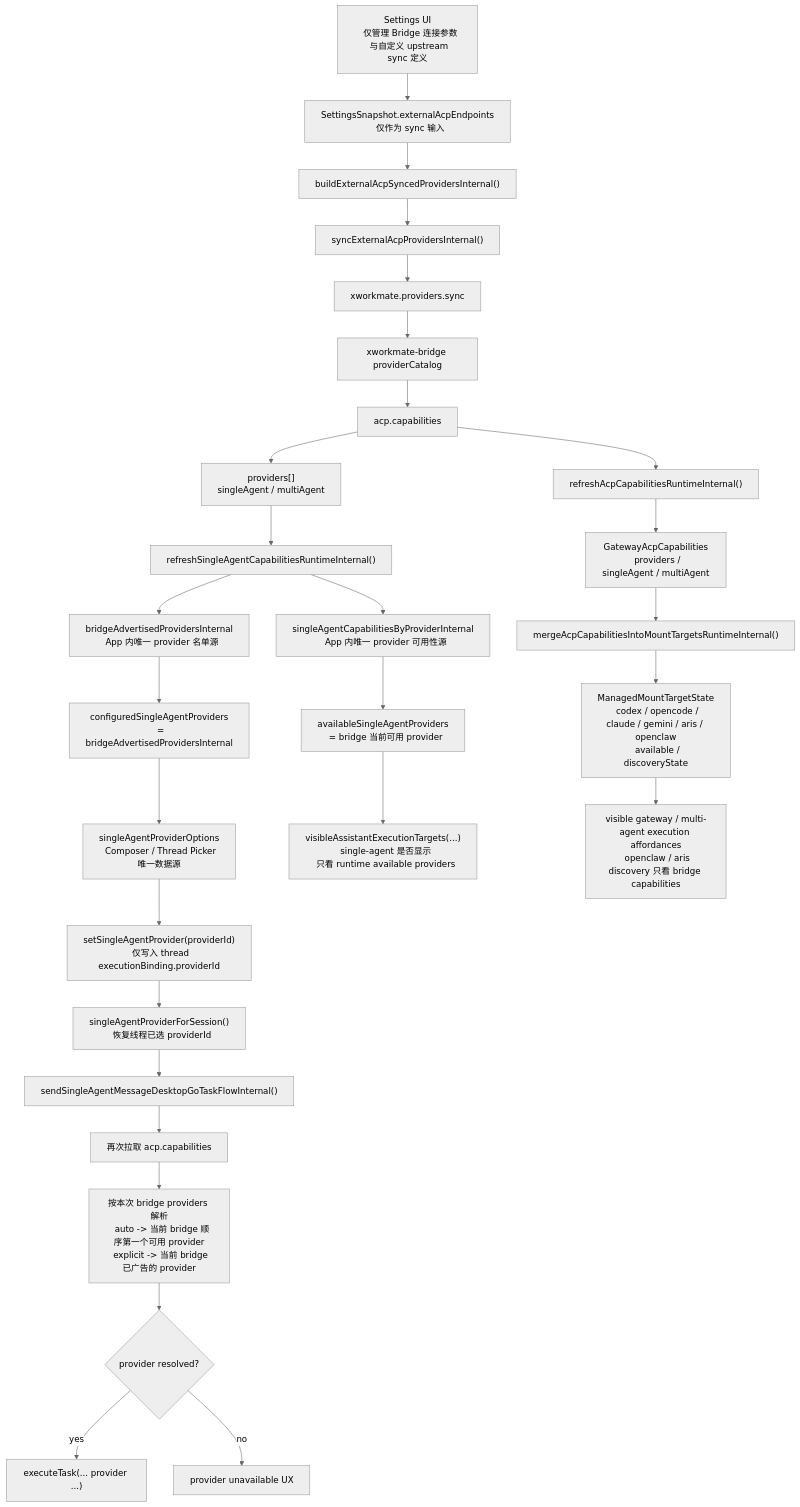
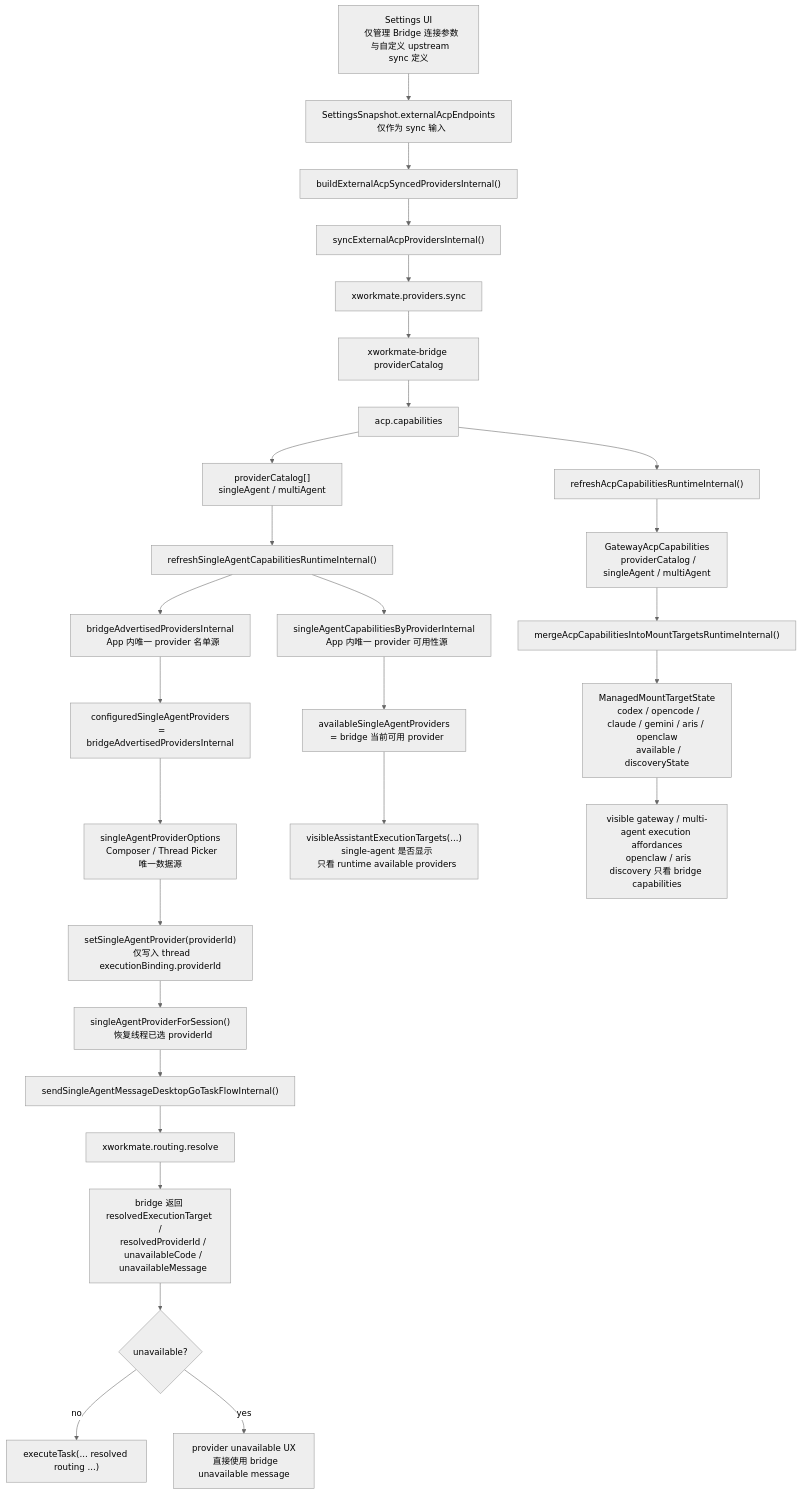
Before and after one commit to ai-workspace-lab/xworkmate-app: the diagram in docs/architecture/settings-integration-configuration-model.md, drawn with Mermaid (neutral theme). The commit also changed other lines of this file and 9 other files, not shown here.

Commit message:
refactor: consume bridge-owned single-agent routing

````diff
--- a/docs/architecture/settings-integration-configuration-model.md
+++ b/docs/architecture/settings-integration-configuration-model.md
@@ -15,60 +15,62 @@
 ```mermaid
 flowchart TD
   A["Settings UI
   仅管理 Bridge 连接参数
   与自定义 upstream sync 定义"] --> B["SettingsSnapshot.externalAcpEndpoints
   仅作为 sync 输入"]
 
   B --> C["buildExternalAcpSyncedProvidersInternal()"]
   C --> D["syncExternalAcpProvidersInternal()"]
   D --> E["xworkmate.providers.sync"]
   E --> F["xworkmate-bridge providerCatalog"]
 
   F --> G["acp.capabilities"]
-  G --> H["providers[]
+  G --> H["providerCatalog[]
   singleAgent / multiAgent"]
 
   H --> I["refreshSingleAgentCapabilitiesRuntimeInternal()"]
   I --> J["bridgeAdvertisedProvidersInternal
   App 内唯一 provider 名单源"]
   I --> K["singleAgentCapabilitiesByProviderInternal
   App 内唯一 provider 可用性源"]
 
   G --> L["refreshAcpCapabilitiesRuntimeInternal()"]
   L --> M["GatewayAcpCapabilities
-  providers / singleAgent / multiAgent"]
+  providerCatalog / singleAgent / multiAgent"]
   M --> N["mergeAcpCapabilitiesIntoMountTargetsRuntimeInternal()"]
   N --> O["ManagedMountTargetState
   codex / opencode / claude / gemini / aris / openclaw
   available / discoveryState"]
 
   J --> P["configuredSingleAgentProviders
   = bridgeAdvertisedProvidersInternal"]
   P --> Q["singleAgentProviderOptions
   Composer / Thread Picker 唯一数据源"]
 
   K --> R["availableSingleAgentProviders
   = bridge 当前可用 provider"]
   R --> S["visibleAssistantExecutionTargets(...)
   single-agent 是否显示
   只看 runtime available providers"]
 
   O --> T["visible gateway / multi-agent execution affordances
   openclaw / aris discovery 只看 bridge capabilities"]
 
   Q --> U["setSingleAgentProvider(providerId)
   仅写入 thread executionBinding.providerId"]
 
   U --> V["singleAgentProviderForSession()
   恢复线程已选 providerId"]
 
   V --> W["sendSingleAgentMessageDesktopGoTaskFlowInternal()"]
-  W --> X["再次拉取 acp.capabilities"]
-  X --> Y["按本次 bridge providers 解析
-  auto -> 当前 bridge 顺序第一个可用 provider
-  explicit -> 当前 bridge 已广告的 provider"]
+  W --> X["xworkmate.routing.resolve"]
+  X --> Y["bridge 返回 resolvedExecutionTarget /
+  resolvedProviderId /
+  unavailableCode /
+  unavailableMessage"]
 
-  Y --> Z{"provider resolved?"}
-  Z -->|"yes"| AA["executeTask(... provider ...)"]
-  Z -->|"no"| AB["provider unavailable UX"]
+  Y --> Z{"unavailable?"}
+  Z -->|"no"| AA["executeTask(... resolved routing ...)"]
+  Z -->|"yes"| AB["provider unavailable UX
+  直接使用 bridge unavailable message"]
 ```
````
